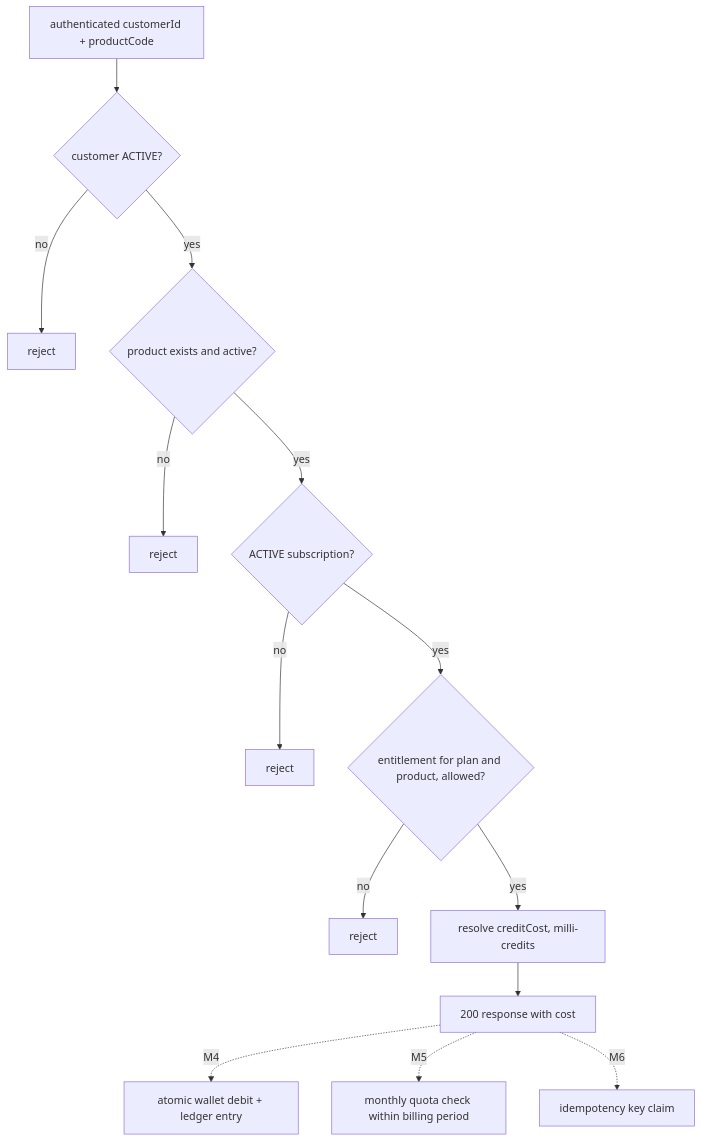
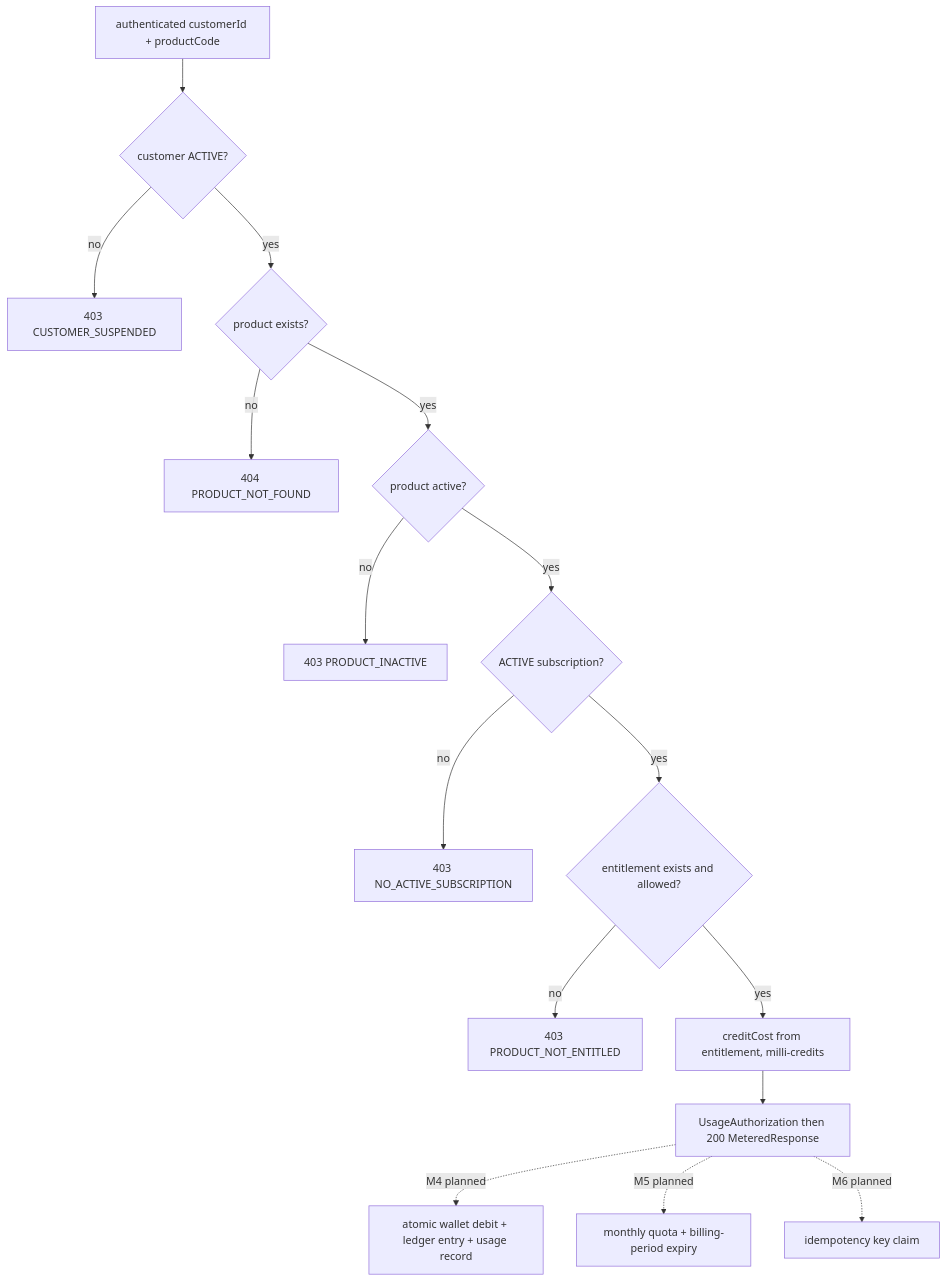
Before and after one commit to Amr-al/MeterFlow: the fourth of 4 diagrams in docs/workflows/workflow-overview.md, drawn with Mermaid. The commit also changed other lines of this file and 11 other files, not shown here.

First line of the commit message:
docs: document completed M3 metering authorization flow

````diff
--- a/docs/workflows/workflow-overview.md
+++ b/docs/workflows/workflow-overview.md
@@ -133,16 +137,18 @@
 ```mermaid
 flowchart TD
     A["authenticated customerId + productCode"] --> B{"customer ACTIVE?"}
-    B -- no --> X1["reject"]
-    B -- yes --> C{"product exists and active?"}
-    C -- no --> X2["reject"]
-    C -- yes --> D{"ACTIVE subscription?"}
-    D -- no --> X3["reject"]
-    D -- yes --> E{"entitlement for plan and product, allowed?"}
-    E -- no --> X4["reject"]
-    E -- yes --> F["resolve creditCost, milli-credits"]
-    F --> G["200 response with cost"]
-    G -. "M4" .-> H["atomic wallet debit + ledger entry"]
-    G -. "M5" .-> I["monthly quota check within billing period"]
-    G -. "M6" .-> J["idempotency key claim"]
+    B -- no --> X1["403 CUSTOMER_SUSPENDED"]
+    B -- yes --> C{"product exists?"}
+    C -- no --> X2a["404 PRODUCT_NOT_FOUND"]
+    C -- yes --> C2{"product active?"}
+    C2 -- no --> X2b["403 PRODUCT_INACTIVE"]
+    C2 -- yes --> D{"ACTIVE subscription?"}
+    D -- no --> X3["403 NO_ACTIVE_SUBSCRIPTION"]
+    D -- yes --> E{"entitlement exists and allowed?"}
+    E -- no --> X4["403 PRODUCT_NOT_ENTITLED"]
+    E -- yes --> F["creditCost from entitlement, milli-credits"]
+    F --> G["UsageAuthorization then 200 MeteredResponse"]
+    G -. "M4 planned" .-> H["atomic wallet debit + ledger entry + usage record"]
+    G -. "M5 planned" .-> I["monthly quota + billing-period expiry"]
+    G -. "M6 planned" .-> J["idempotency key claim"]
 ```
````
